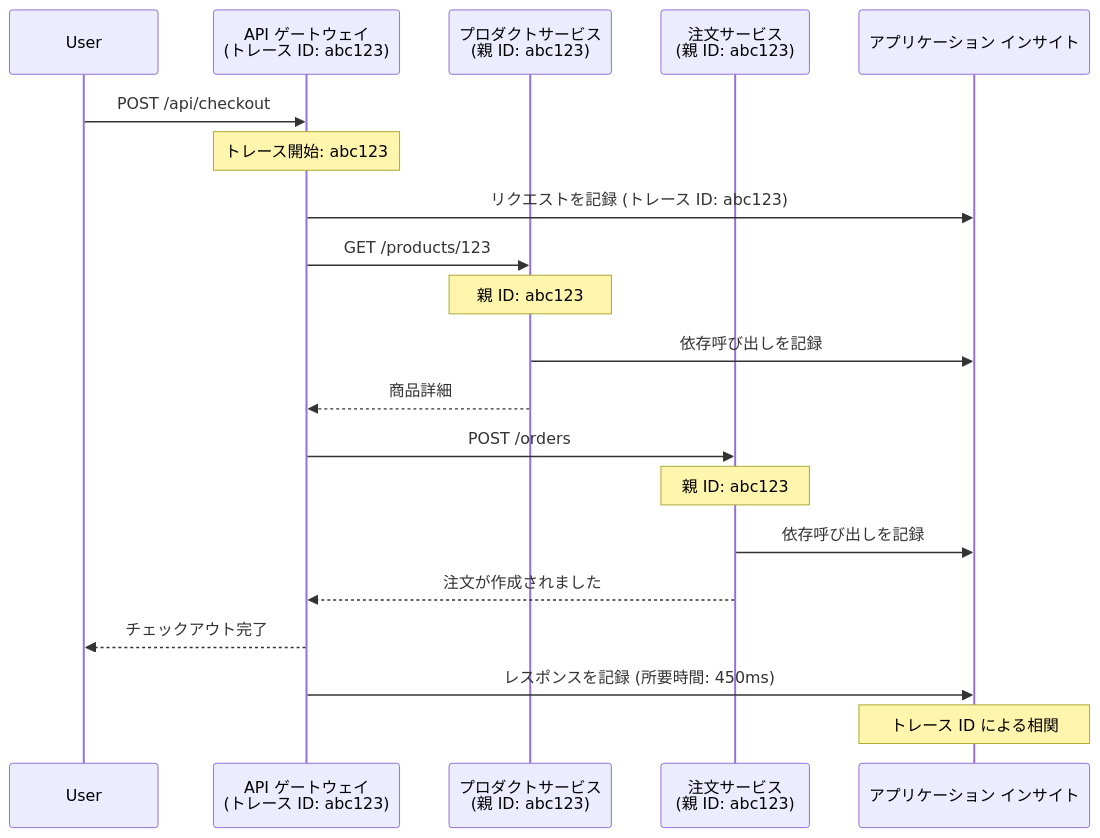
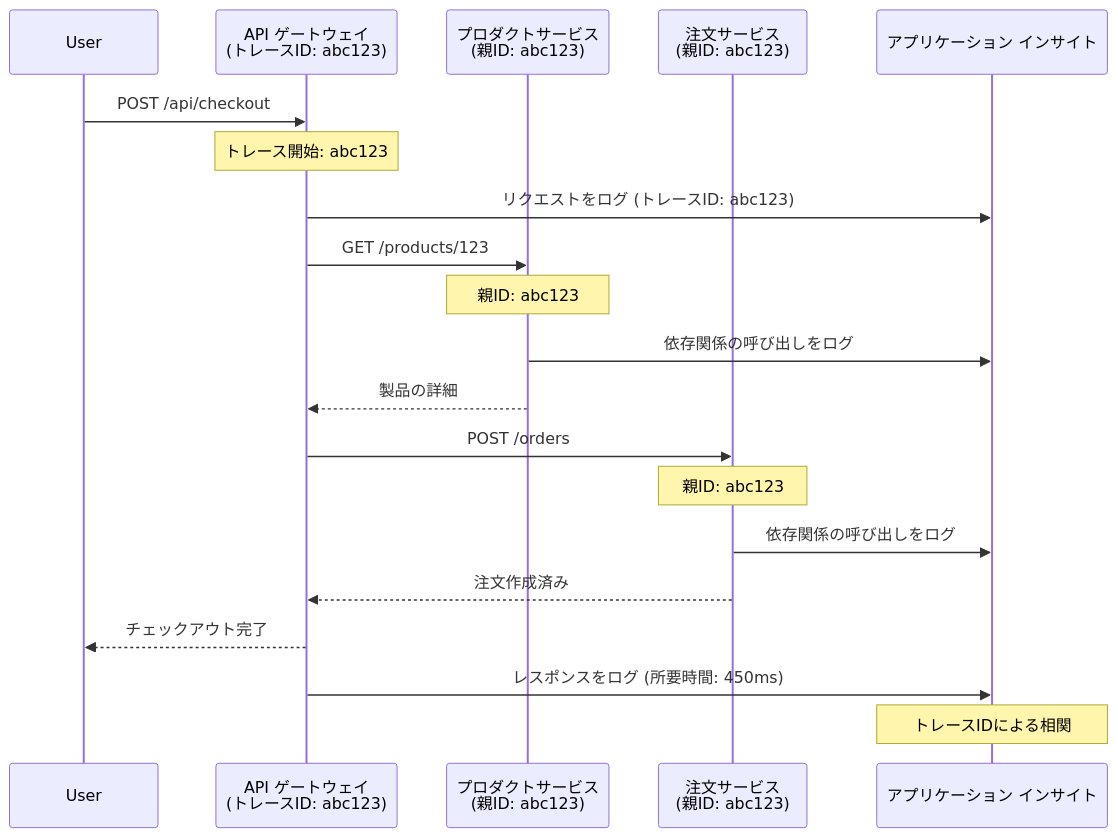
Before and after one commit to microsoft/AZD-for-beginners: the second of 2 diagrams in translations/ja/docs/chapter-06-pre-deployment/application-insights.md, drawn with Mermaid. The commit also changed other lines of this file and 101 other files, not shown here.

````diff
--- a/translations/ja/docs/chapter-06-pre-deployment/application-insights.md
+++ b/translations/ja/docs/chapter-06-pre-deployment/application-insights.md
@@ -744,27 +744,27 @@
 ```mermaid
 sequenceDiagram
     participant User
-    participant Gateway as API ゲートウェイ<br/>(トレース ID: abc123)
-    participant Product as プロダクトサービス<br/>(親 ID: abc123)
-    participant Order as 注文サービス<br/>(親 ID: abc123)
+    participant Gateway as API ゲートウェイ<br/>(トレースID: abc123)
+    participant Product as プロダクトサービス<br/>(親ID: abc123)
+    participant Order as 注文サービス<br/>(親ID: abc123)
     participant AppInsights as アプリケーション インサイト
     
     User->>Gateway: POST /api/checkout
     Note over Gateway: トレース開始: abc123
-    Gateway->>AppInsights: リクエストを記録 (トレース ID: abc123)
+    Gateway->>AppInsights: リクエストをログ (トレースID: abc123)
     
     Gateway->>Product: GET /products/123
-    Note over Product: 親 ID: abc123
-    Product->>AppInsights: 依存呼び出しを記録
-    Product-->>Gateway: 商品詳細
+    Note over Product: 親ID: abc123
+    Product->>AppInsights: 依存関係の呼び出しをログ
+    Product-->>Gateway: 製品の詳細
     
     Gateway->>Order: POST /orders
-    Note over Order: 親 ID: abc123
-    Order->>AppInsights: 依存呼び出しを記録
-    Order-->>Gateway: 注文が作成されました
+    Note over Order: 親ID: abc123
+    Order->>AppInsights: 依存関係の呼び出しをログ
+    Order-->>Gateway: 注文作成済み
     
     Gateway-->>User: チェックアウト完了
-    Gateway->>AppInsights: レスポンスを記録 (所要時間: 450ms)
+    Gateway->>AppInsights: レスポンスをログ (所要時間: 450ms)
     
-    Note over AppInsights: トレース ID による相関
+    Note over AppInsights: トレースIDによる相関
 ```
````
